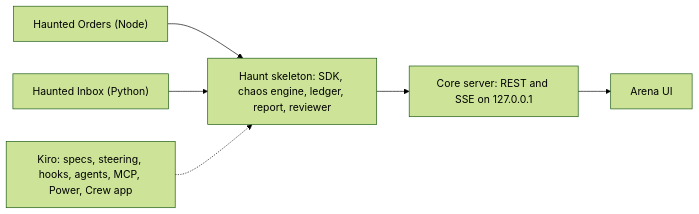
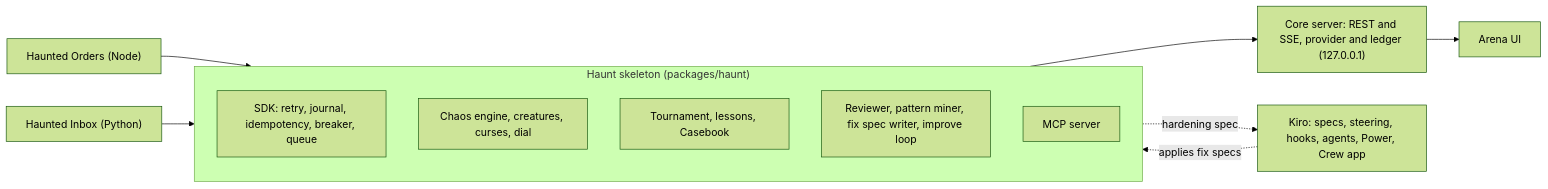
The diagram in README.md (kakoritz/Kiroween-Chaos-Official), drawn with Mermaid (forest theme) before and after one commit. The commit also changed other lines of this file and 14 other files, not shown here.

````diff
--- a/README.md
+++ b/README.md
@@ -70,8 +82,16 @@
 ```mermaid
 flowchart LR
-  Orders["Haunted Orders (Node)"] --> Haunt
-  Inbox["Haunted Inbox (Python)"] --> Haunt
-  Haunt["Haunt skeleton: SDK, chaos engine, ledger, report, reviewer"] --> Core["Core server: REST and SSE on 127.0.0.1"]
+  Orders["Haunted Orders (Node)"] --> Skel
+  Inbox["Haunted Inbox (Python)"] --> Skel
+  subgraph Skel["Haunt skeleton (packages/haunt)"]
+    SDK["SDK: retry, journal, idempotency, breaker, queue"]
+    Chaos["Chaos engine, creatures, curses, dial"]
+    Tour["Tournament, lessons, Casebook"]
+    Rev["Reviewer, pattern miner, fix spec writer, improve loop"]
+    MCP["MCP server"]
+  end
+  Skel --> Core["Core server: REST and SSE, provider and ledger (127.0.0.1)"]
   Core --> UI["Arena UI"]
-  Kiro["Kiro: specs, steering, hooks, agents, MCP, Power, Crew app"] -.-> Haunt
+  Kiro["Kiro: specs, steering, hooks, agents, Power, Crew app"] -. "applies fix specs" .-> Skel
+  Skel -. "hardening spec" .-> Kiro
 ```
````
